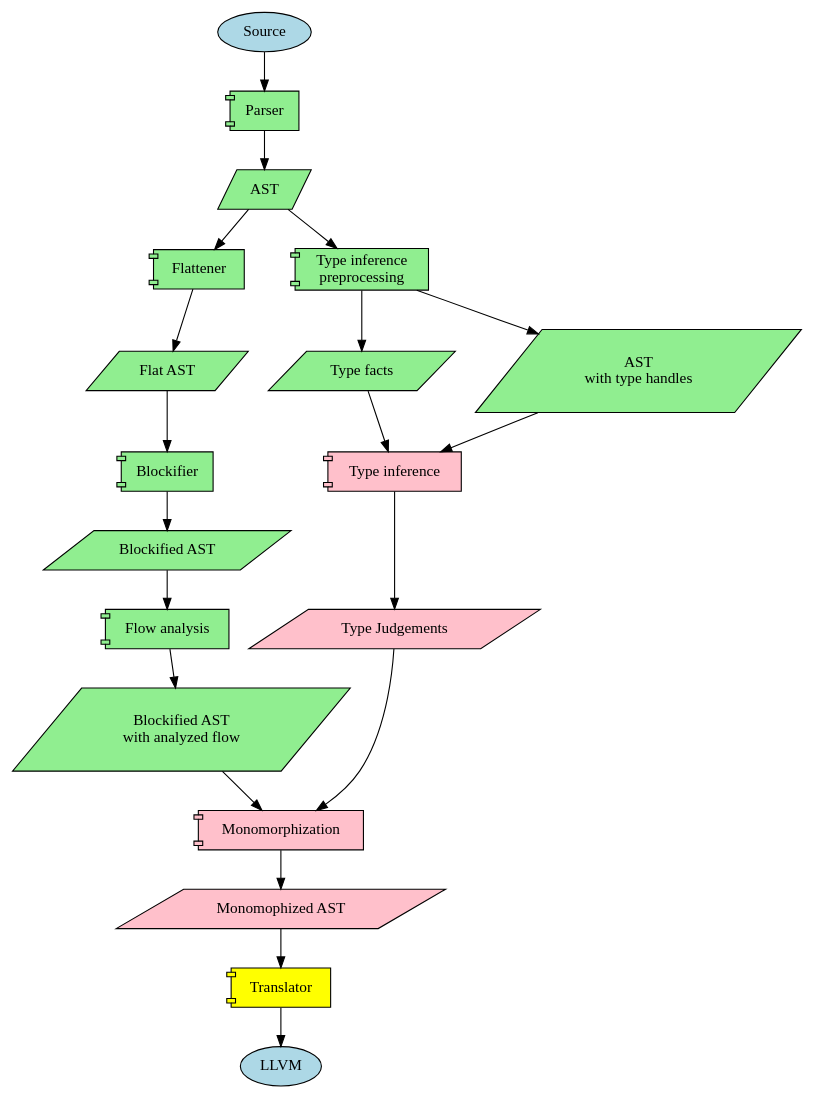
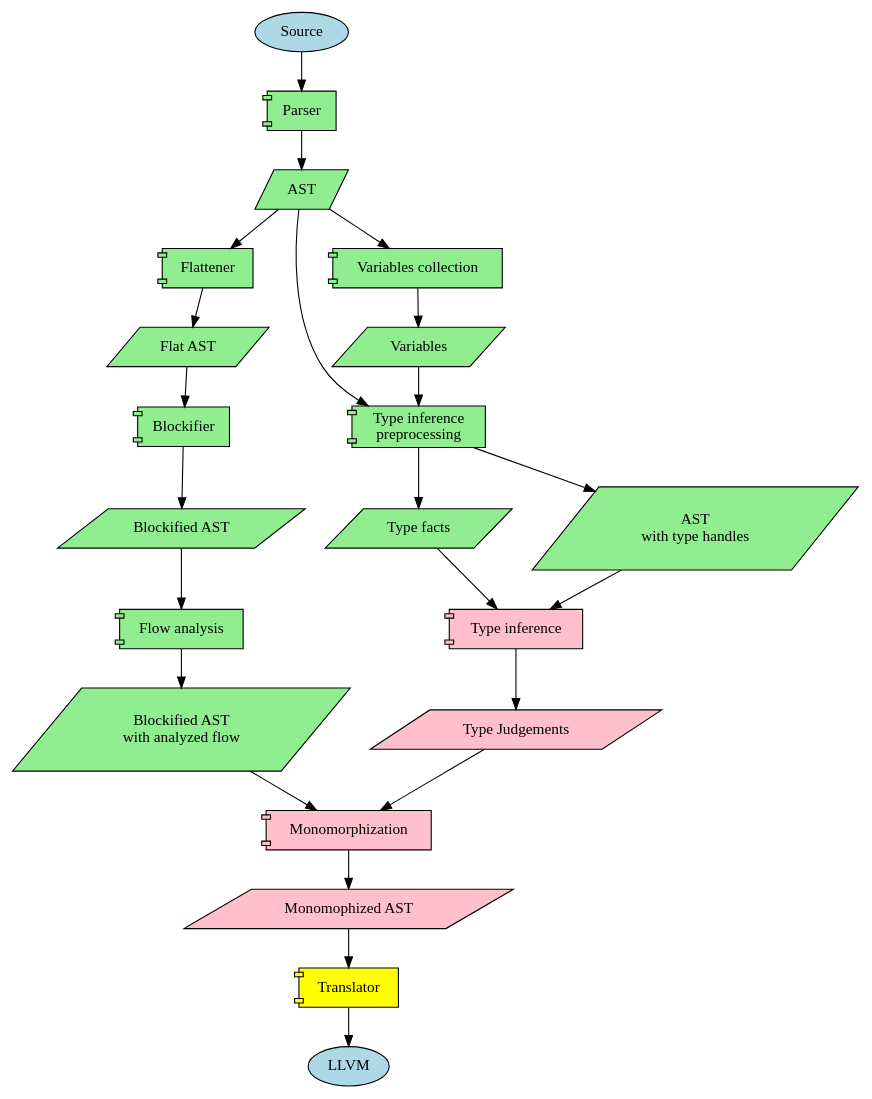
Before and after one commit to jiriklepl/masters-thesis-code: the diagram in doc/diagram.dot, drawn with Graphviz. The commit also changed 1 other file, not shown here.

Commit message:
updated TODOs and diagrams

```diff
--- a/doc/diagram.dot
+++ b/doc/diagram.dot
@@ -1,48 +1,51 @@
 digraph {
     node [style="filled"]
 
     subgraph ends {
         node [shape="ellipse"]
 
         Source [fillcolor="lightblue"]
         LLVM [fillcolor="lightblue"]
     }
 
     subgraph data {
         node [shape="parallelogram"]
 
         AST [fillcolor="lightgreen"]
         Facts [label="Type facts", fillcolor="lightgreen"]
+        Variables [label="Variables", fillcolor="lightgreen"]
         ASTTypeHandles [label="AST\nwith type handles", fillcolor="lightgreen"]
         Judgements [label="Type Judgements", fillcolor="pink"]
         FlatAST [label="Flat AST", fillcolor="lightgreen"]
         BlockifiedAST [label="Blockified AST", fillcolor="lightgreen"]
         BlockifiedASTAnnots [label="Blockified AST\nwith analyzed flow", fillcolor="lightgreen"]
         MonoAST [label="Monomophized AST", fillcolor="pink"]
     }
 
     subgraph components {
         node [shape="component"]
 
         Parser [fillcolor="lightgreen"]
         Flattener [fillcolor="lightgreen"]
         InferPre [label="Type inference\npreprocessing", fillcolor="lightgreen"]
+        VariableMining [label="Variables collection", fillcolor="lightgreen"]
         Infer [label="Type inference", fillcolor="pink"]
         Blockifier [fillcolor="lightgreen"]
         FlowAnalysis [label="Flow analysis", fillcolor="lightgreen"]
         Monomorphization [fillcolor="pink"]
         Translator [fillcolor="yellow"]
     }
 
     subgraph decisions {
         node [shape="diamond"]
     }
 
     Source -> Parser -> AST
     AST -> Flattener -> FlatAST
+    AST -> VariableMining -> Variables -> InferPre
     AST -> InferPre -> { Facts ASTTypeHandles } -> Infer -> Judgements -> Monomorphization
     FlatAST -> Blockifier -> BlockifiedAST
     BlockifiedAST -> FlowAnalysis -> BlockifiedASTAnnots
     BlockifiedASTAnnots -> Monomorphization -> MonoAST
     MonoAST -> Translator -> LLVM
 }
```
